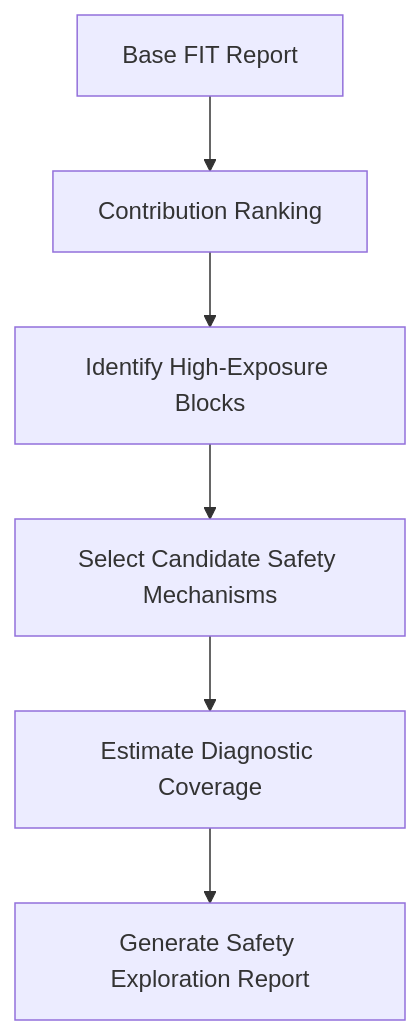
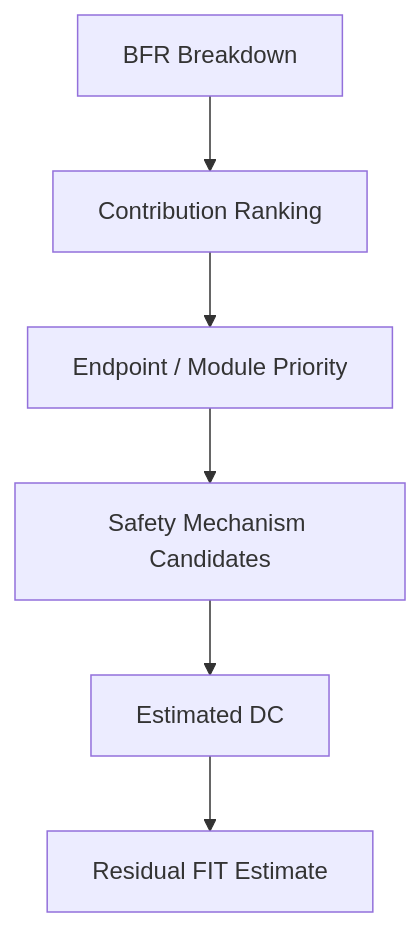
The ninth of 14 diagrams in articles/03_automotive_safeic_practice_d03_github_en_generic.md (qiqixixi1001/automotive-safeic-practice), drawn with Mermaid before and after one commit. The commit also changed other lines of this file, not shown here.

````diff
--- a/articles/03_automotive_safeic_practice_d03_github_en_generic.md
+++ b/articles/03_automotive_safeic_practice_d03_github_en_generic.md
@@ -538,8 +715,8 @@
 ```mermaid
 flowchart TD
-    A[Base FIT Report] --> B[Contribution Ranking]
-    B --> C[Identify High-Exposure Blocks]
-    C --> D[Select Candidate Safety Mechanisms]
-    D --> E[Estimate Diagnostic Coverage]
-    E --> F[Generate Safety Exploration Report]
+    A[BFR Breakdown] --> B[Contribution Ranking]
+    B --> C[Endpoint / Module Priority]
+    C --> D[Safety Mechanism Candidates]
+    D --> E[Estimated DC]
+    E --> F[Residual FIT Estimate]
 ```
````
